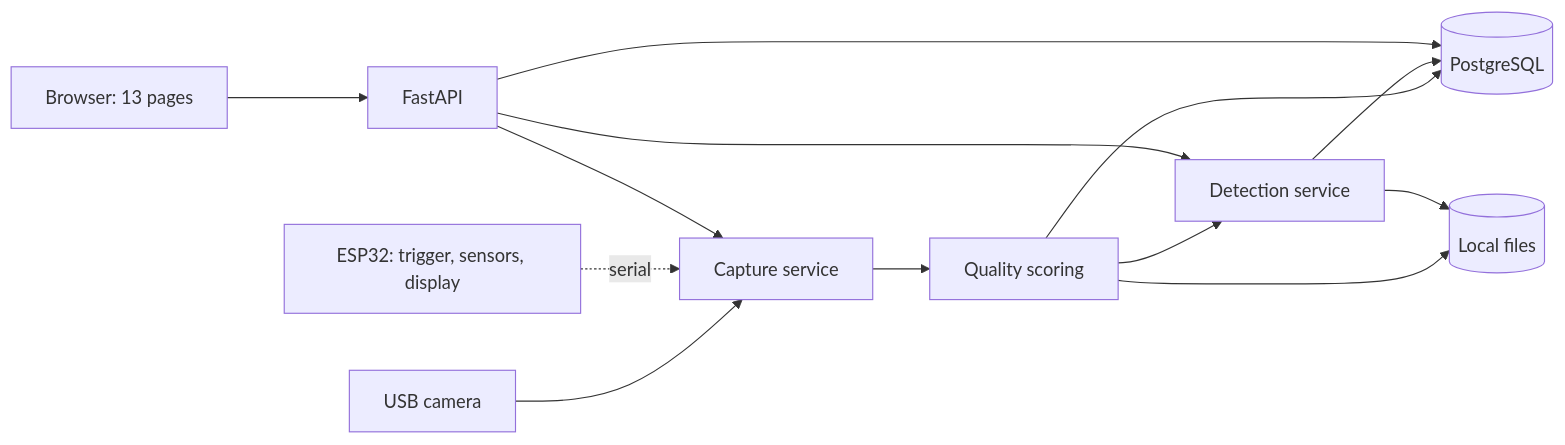
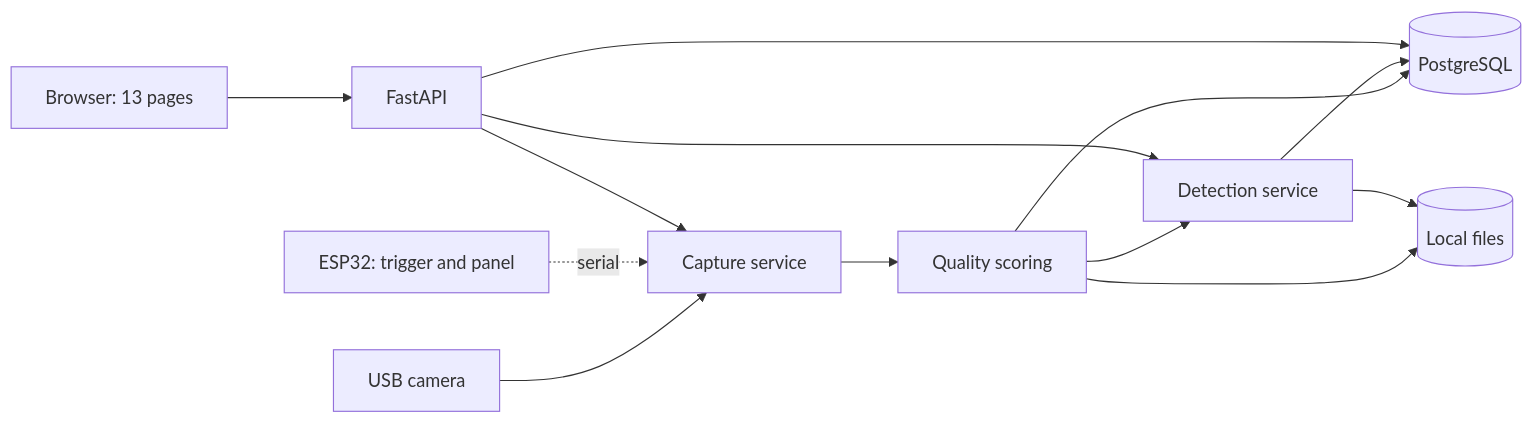
The first of 2 diagrams in docs/architecture-en.md (FrozenYty/aquavision), drawn with Mermaid before and after one commit. The commit also changed other lines of this file and 34 other files, not shown here.

````diff
--- a/docs/architecture-en.md
+++ b/docs/architecture-en.md
@@ -20,15 +20,15 @@
 ```mermaid
 flowchart LR
     CAM[USB camera] --> CAP[Capture service]
-    MCU[ESP32: trigger, sensors, display] -. serial .-> CAP
+    MCU[ESP32: trigger and panel] -. serial .-> CAP
     CAP --> Q[Quality scoring]
     Q --> DB[(PostgreSQL)]
     Q --> FS[(Local files)]
     Q --> DET[Detection service]
     DET --> DB
     DET --> FS
     WEB[Browser: 13 pages] --> API[FastAPI]
     API --> CAP
     API --> DET
     API --> DB
 ```
````
